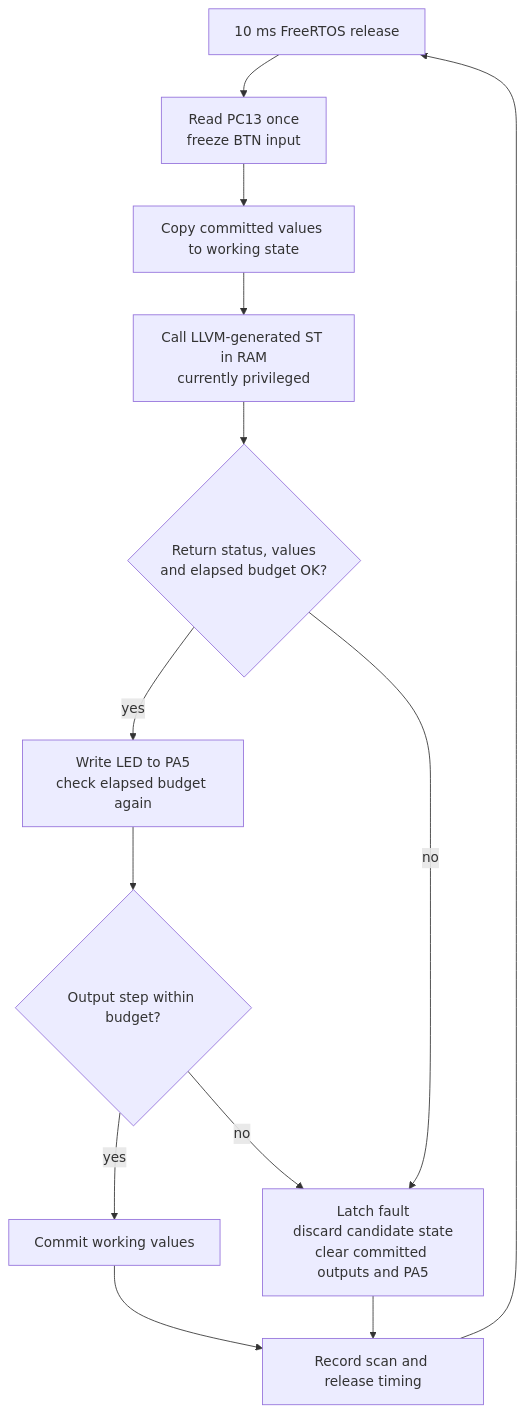
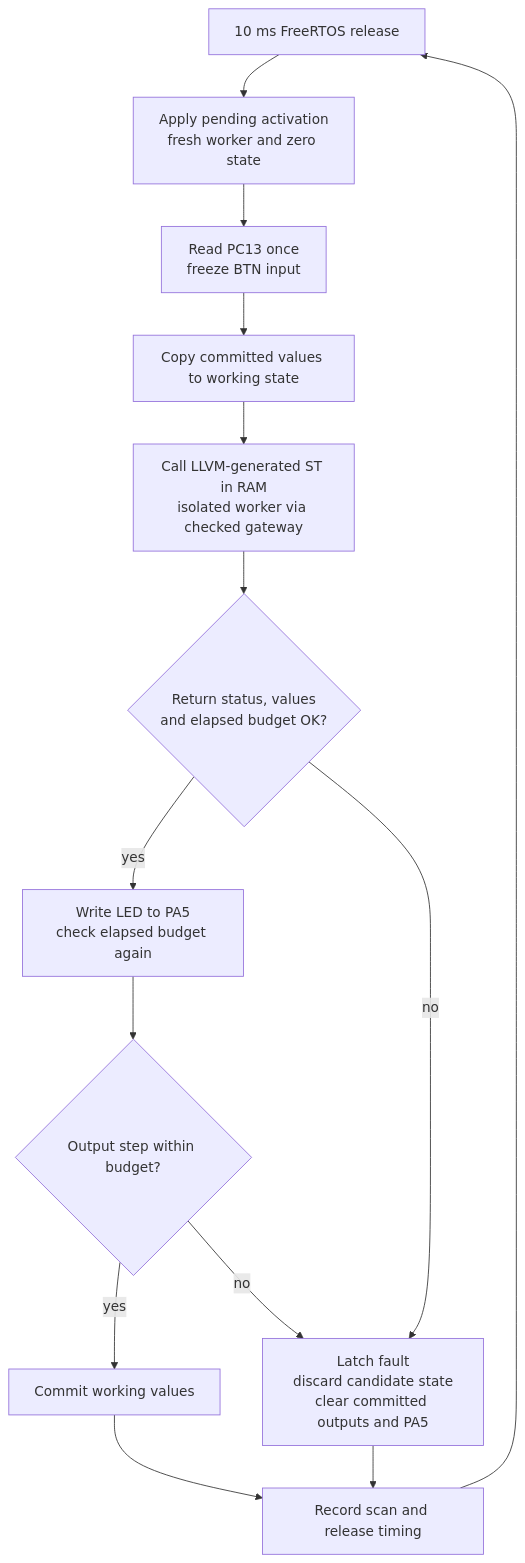
The diagram in docs/scan-runtime.md (sergiogallegos/tinyplc), drawn with Mermaid before and after one commit. The commit also changed other lines of this file and 89 other files, not shown here.

````diff
--- a/docs/scan-runtime.md
+++ b/docs/scan-runtime.md
@@ -8,15 +12,16 @@
 ```mermaid
 flowchart TD
-  Release["10 ms FreeRTOS release"] --> Sample["Read PC13 once<br/>freeze BTN input"]
+  Release["10 ms FreeRTOS release"] --> Boundary["Apply pending activation<br/>fresh worker and zero state"]
+  Boundary --> Sample["Read PC13 once<br/>freeze BTN input"]
   Sample --> Prepare["Copy committed values to working state"]
-  Prepare --> Run["Call LLVM-generated ST in RAM<br/>currently privileged"]
+  Prepare --> Run["Call LLVM-generated ST in RAM<br/>isolated worker via checked gateway"]
   Run --> Check{"Return status, values<br/>and elapsed budget OK?"}
   Check -->|yes| Output["Write LED to PA5<br/>check elapsed budget again"]
   Output --> Commit{"Output step within budget?"}
   Commit -->|yes| State["Commit working values"]
   Check -->|no| Fault["Latch fault<br/>discard candidate state<br/>clear committed outputs and PA5"]
   Commit -->|no| Fault
   State --> Timing["Record scan and release timing"]
   Fault --> Timing
   Timing --> Release
 ```
````
